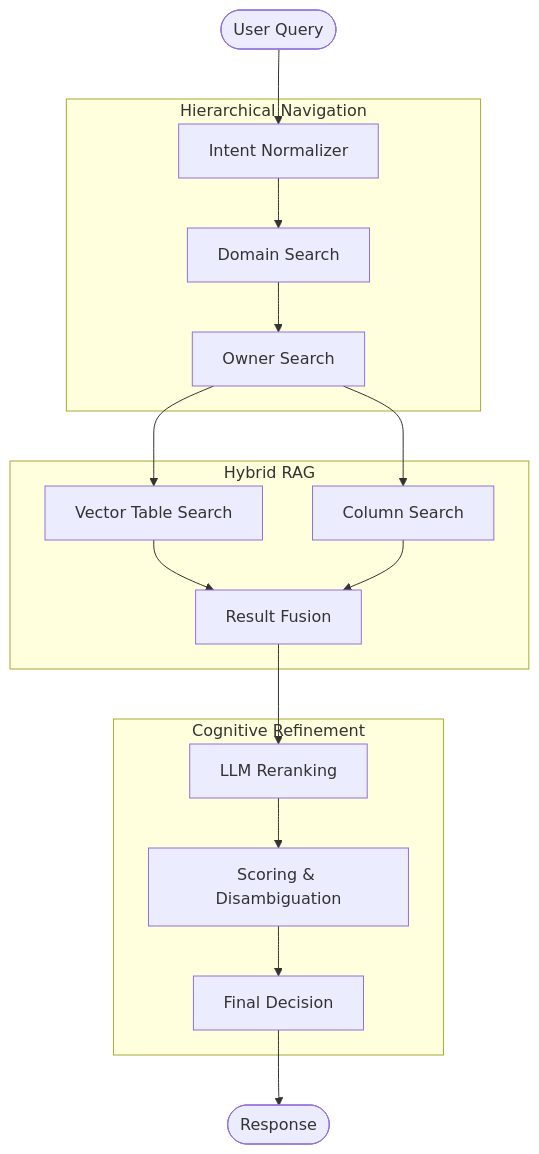
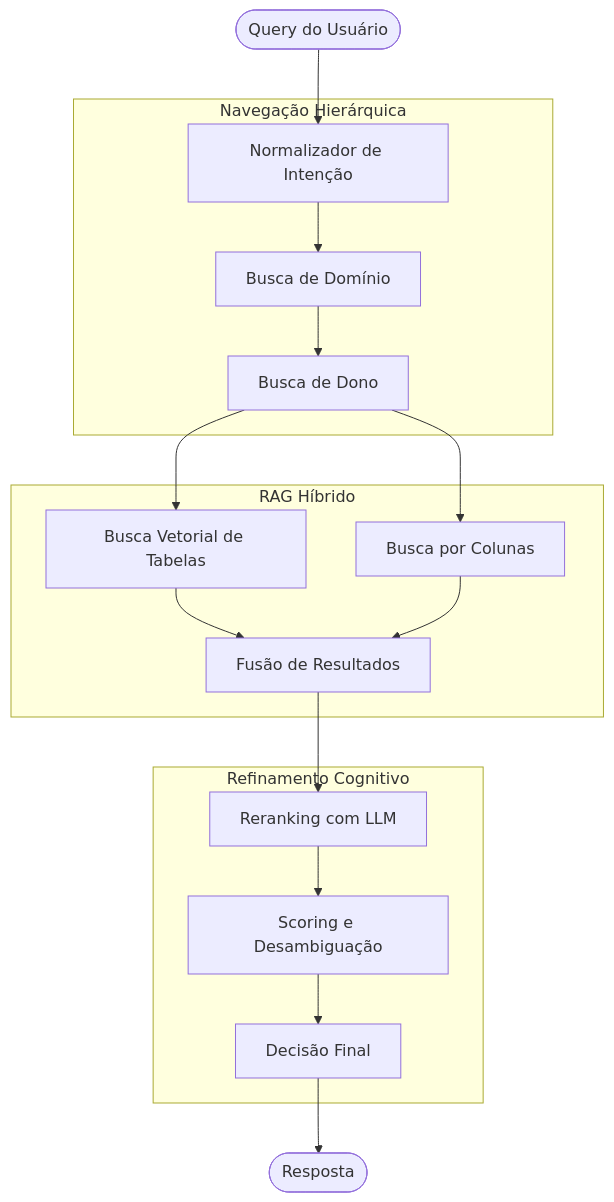
The diagram in README.md (o-lino/data-search-agent), drawn with Mermaid before and after one commit. The commit also changed other lines of this file and 10 other files, not shown here.

````diff
--- a/README.md
+++ b/README.md
@@ -20,24 +24,24 @@
 ```mermaid
 graph TD
-    Start([User Query]) --> Intent[Intent Normalizer]
+    Start([Query do Usuário]) --> Intent[Normalizador de Intenção]
 
-    subgraph "Hierarchical Navigation"
-        Intent --> Domain[Domain Search]
-        Domain --> Owner[Owner Search]
+    subgraph "Navegação Hierárquica"
+        Intent --> Domain[Busca de Domínio]
+        Domain --> Owner[Busca de Dono]
     end
 
-    subgraph "Hybrid RAG"
-        Owner --> Tables[Vector Table Search]
-        Owner --> Columns[Column Search]
-        Tables --> Merge[Result Fusion]
+    subgraph "RAG Híbrido"
+        Owner --> Tables[Busca Vetorial de Tabelas]
+        Owner --> Columns[Busca por Colunas]
+        Tables --> Merge[Fusão de Resultados]
         Columns --> Merge
     end
 
-    subgraph "Cognitive Refinement"
-        Merge --> Rerank[LLM Reranking]
-        Rerank --> Disambiguation[Scoring & Disambiguation]
-        Disambiguation --> Decision[Final Decision]
+    subgraph "Refinamento Cognitivo"
+        Merge --> Rerank[Reranking com LLM]
+        Rerank --> Disambiguation[Scoring e Desambiguação]
+        Disambiguation --> Decision[Decisão Final]
     end
 
-    Decision --> End([Response])
+    Decision --> End([Resposta])
 ```
````
